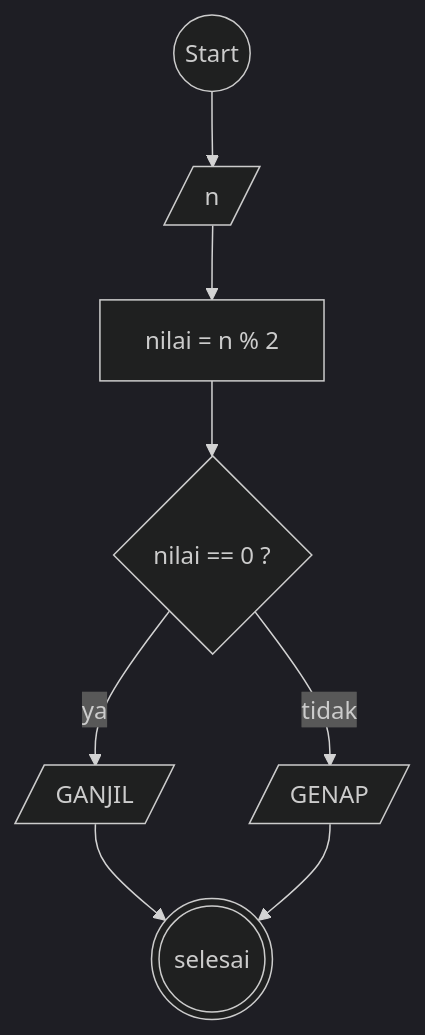
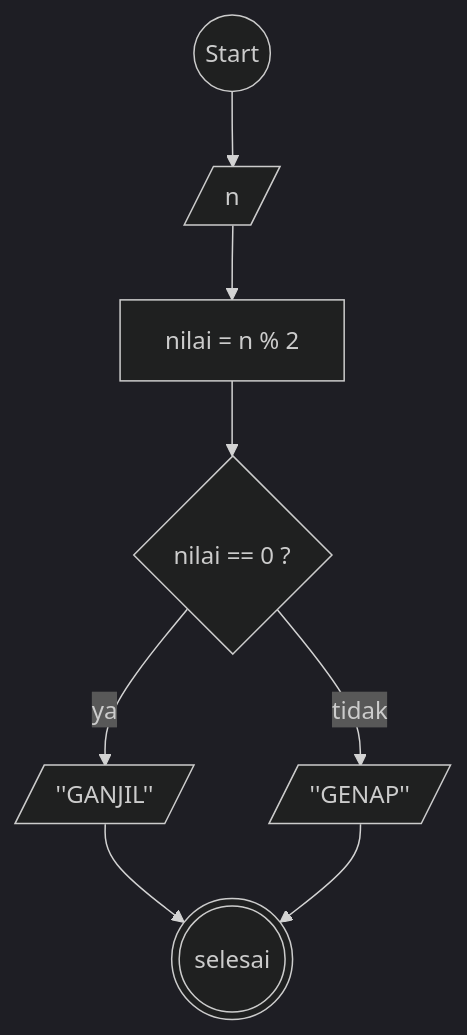
The diagram in README.md (Farhan-dev-dot/koda-b10-algoritma), drawn with Mermaid (dark theme) before and after one commit.

````diff
--- a/README.md
+++ b/README.md
@@ -37,24 +37,24 @@
 ```mermaid
 
 
 flowchart TD
 
 A@{ shape: circle, label: "Start" }
 B[/n/]
 C[nilai = n % 2]
 D{nilai == 0 ? }
-E[/"GENAP"/]
-F[/"GANJIL"/]
+E[/''GENAP''/]
+F[/''GANJIL''/]
 G(((selesai)))
 
 A-->B
 B-->C
 C-->D
 D--ya-->F
 D--tidak-->E
 F-->G
 E-->G
 
 
 
 ```
````
